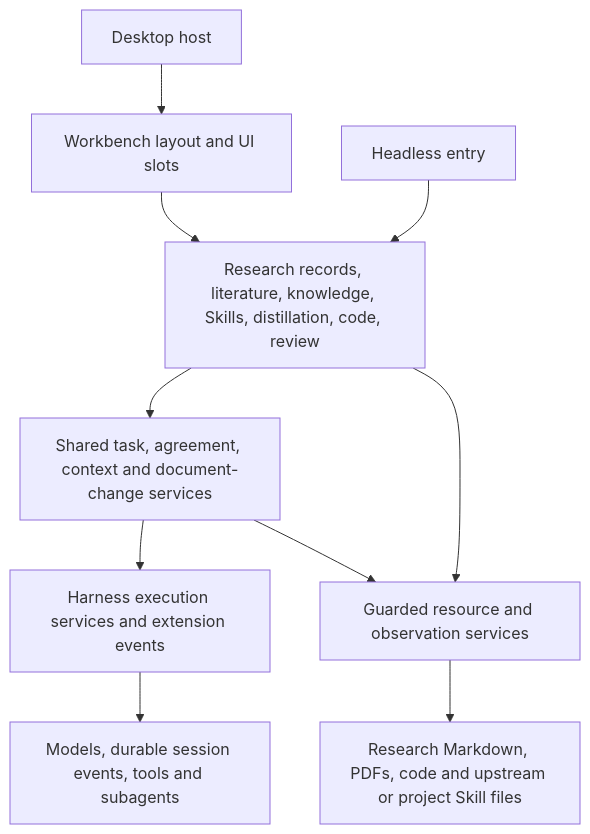
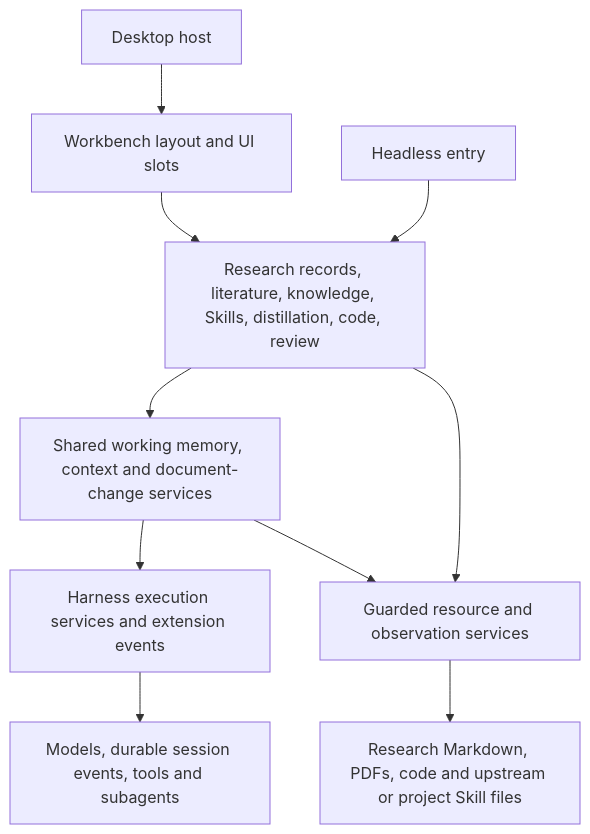
One commit to bhjia-phys/AITP-agent changed the fourth of 4 diagrams in docs/agent/10-project-workspace.md. Above: the diagram before and after it, drawn with Mermaid. The commit also changed other lines of this file and 7 other files, not shown here.

````diff
--- a/docs/agent/10-project-workspace.md
+++ b/docs/agent/10-project-workspace.md
@@ -540,12 +540,12 @@
 ```mermaid
 flowchart TB
   Desktop[Desktop host] --> UI[Workbench layout and UI slots]
   UI --> Plugins[Research records, literature, knowledge, Skills, distillation, code, review]
   Headless[Headless entry] --> Plugins
-  Plugins --> Coordination[Shared task, agreement, context and document-change services]
+  Plugins --> Coordination[Shared working memory, context and document-change services]
   Coordination --> Execution[Harness execution services and extension events]
   Execution --> Harness[Models, durable session events, tools and subagents]
   Plugins --> Sources[Guarded resource and observation services]
   Coordination --> Sources
   Sources --> Files[Research Markdown, PDFs, code and upstream or project Skill files]
 ```
````
